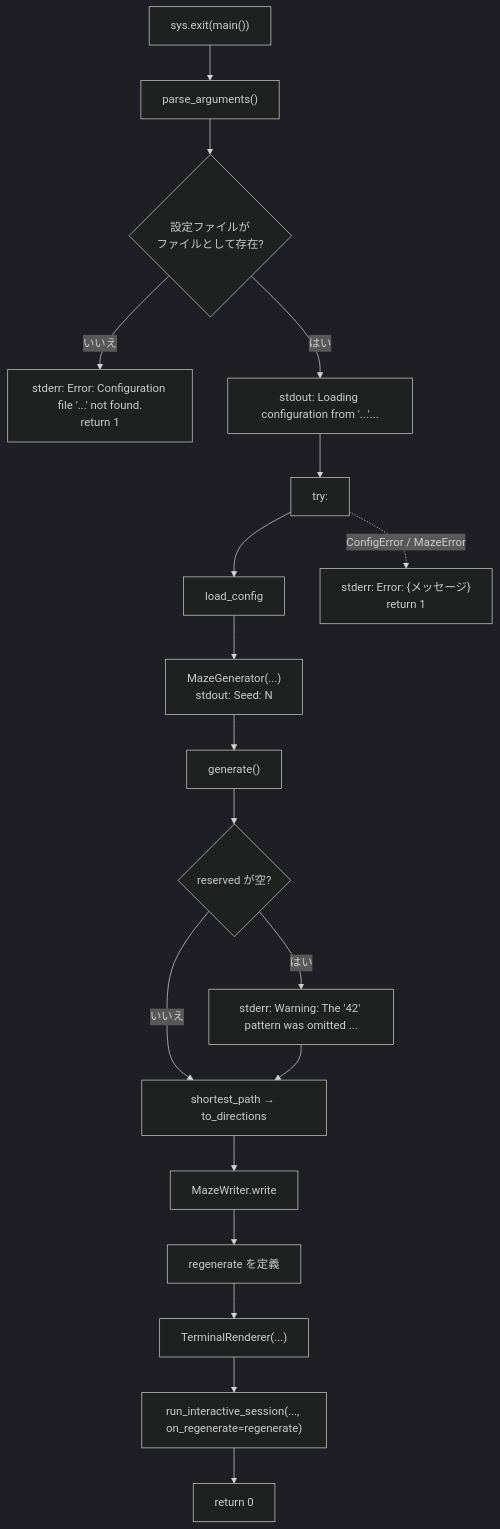
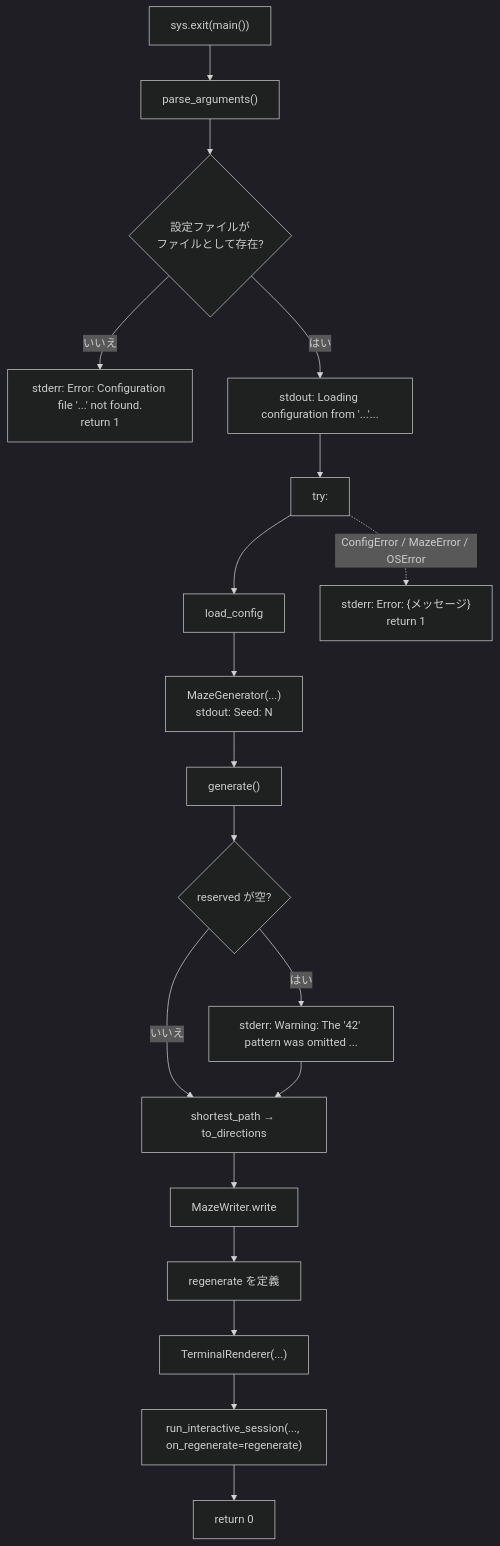
Before and after one commit to peladno/a-maze-ing: the first of 2 diagrams in Docs/code_guide/07_entry_point.md, drawn with Mermaid (dark theme). The commit also changed other lines of this file and 6 other files, not shown here.

````diff
--- a/Docs/code_guide/07_entry_point.md
+++ b/Docs/code_guide/07_entry_point.md
@@ -45,21 +45,21 @@
 ```mermaid
 flowchart TD
     A["sys.exit(main())"] --> B["parse_arguments()"]
     B --> C{"設定ファイルが<br/>ファイルとして存在?"}
     C -- いいえ --> X1["stderr: Error: Configuration file '...' not found.<br/>return 1"]
     C -- はい --> D["stdout: Loading configuration from '...'..."]
     D --> T["try:"]
     T --> E["load_config"]
     E --> F["MazeGenerator(...)<br/>stdout: Seed: N"]
     F --> G["generate()"]
     G --> H{"reserved が空?"}
     H -- はい --> W["stderr: Warning: The '42' pattern was omitted ..."]
     H -- いいえ --> I
     W --> I["shortest_path → to_directions"]
     I --> J["MazeWriter.write"]
     J --> K["regenerate を定義"]
     K --> L["TerminalRenderer(...)"]
     L --> M["run_interactive_session(..., on_regenerate=regenerate)"]
     M --> OK["return 0"]
-    T -. "ConfigError / MazeError" .-> X2["stderr: Error: {メッセージ}<br/>return 1"]
+    T -. "ConfigError / MazeError / OSError" .-> X2["stderr: Error: {メッセージ}<br/>return 1"]
 ```
````
